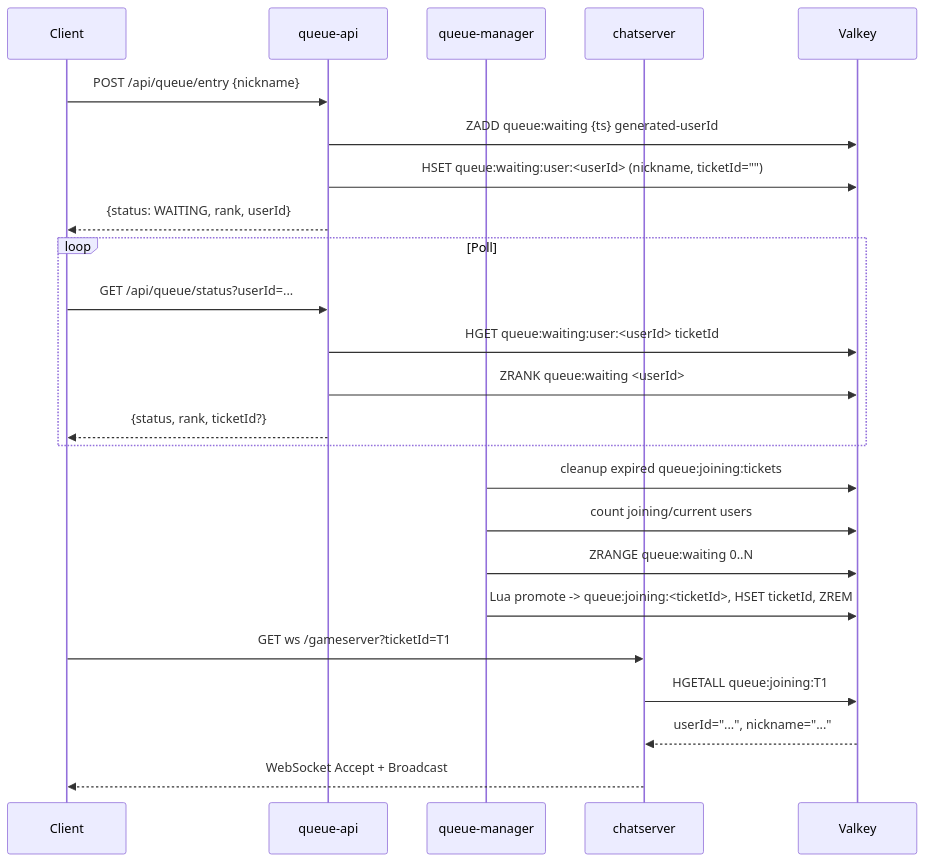
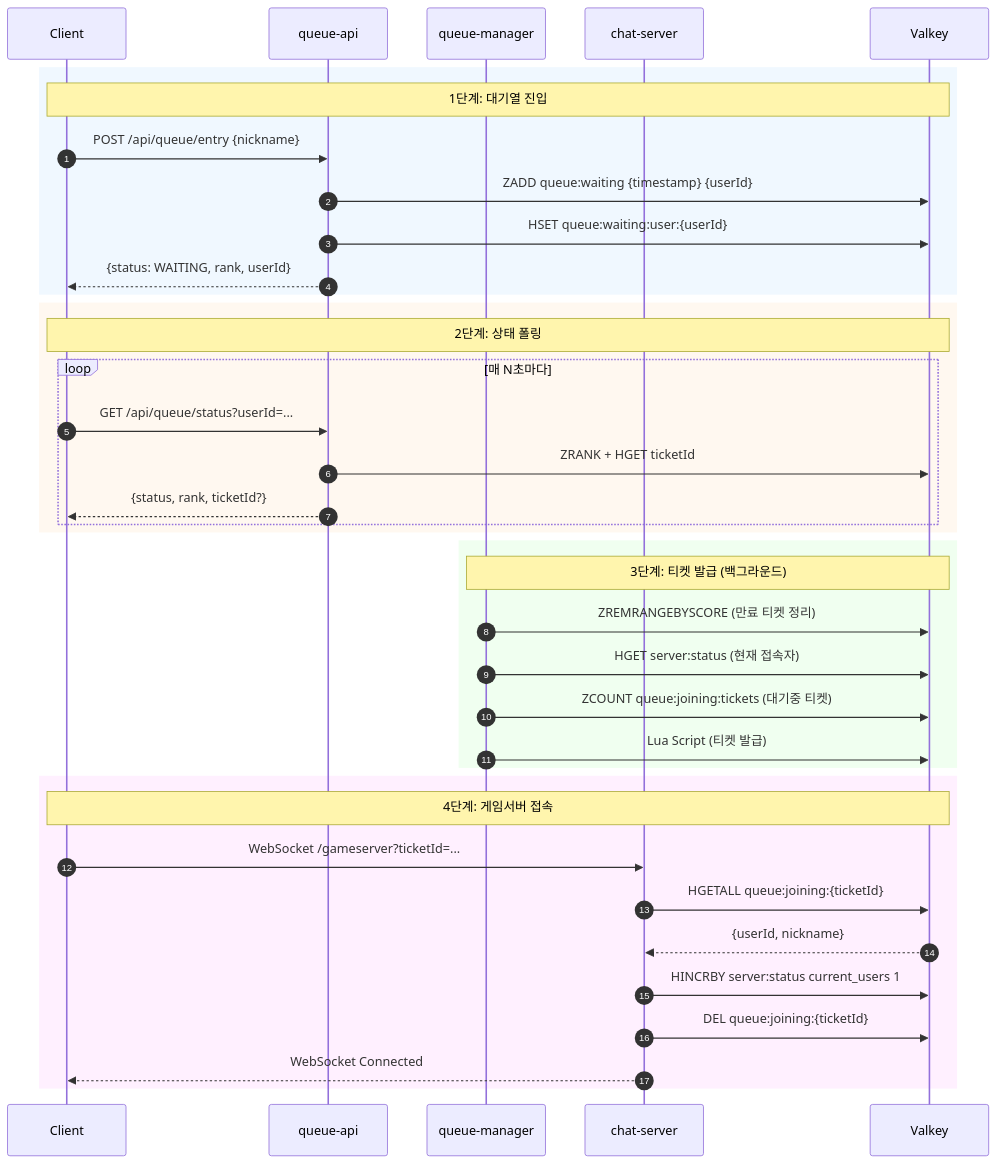
The second of 7 diagrams in spec.md (likelion-cloud-423/queue-server), drawn with Mermaid before and after one commit. The commit also changed other lines of this file and 23 other files, not shown here.

````diff
--- a/spec.md
+++ b/spec.md
@@ -48,26 +94,44 @@
 ```mermaid
 sequenceDiagram
-        participant Client
-        participant API as queue-api
-        participant Manager as queue-manager
-        participant Game as chatserver
-        participant Valkey
-        Client->>API: POST /api/queue/entry {nickname}
-        API->>Valkey: ZADD queue:waiting {ts} generated-userId
-        API->>Valkey: HSET queue:waiting:user:<userId> (nickname, ticketId="")
-        API-->>Client: {status: WAITING, rank, userId}
-        loop Poll
-                Client->>API: GET /api/queue/status?userId=...
-                API->>Valkey: HGET queue:waiting:user:<userId> ticketId
-                API->>Valkey: ZRANK queue:waiting <userId>
-                API-->>Client: {status, rank, ticketId?}
+    autonumber
+    participant C as Client
+    participant API as queue-api
+    participant MGR as queue-manager
+    participant GS as chat-server
+    participant V as Valkey
+
+    rect rgb(240, 248, 255)
+        Note over C,V: 1단계: 대기열 진입
+        C->>API: POST /api/queue/entry {nickname}
+        API->>V: ZADD queue:waiting {timestamp} {userId}
+        API->>V: HSET queue:waiting:user:{userId}
+        API-->>C: {status: WAITING, rank, userId}
+    end
+
+    rect rgb(255, 248, 240)
+        Note over C,V: 2단계: 상태 폴링
+        loop 매 N초마다
+            C->>API: GET /api/queue/status?userId=...
+            API->>V: ZRANK + HGET ticketId
+            API-->>C: {status, rank, ticketId?}
         end
-        Manager->>Valkey: cleanup expired queue:joining:tickets
-        Manager->>Valkey: count joining/current users
-        Manager->>Valkey: ZRANGE queue:waiting 0..N
-        Manager->>Valkey: Lua promote -> queue:joining:<ticketId>, HSET ticketId, ZREM
-        Client->>Game: GET ws /gameserver?ticketId=T1
-        Game->>Valkey: HGETALL queue:joining:T1
-        Valkey-->>Game: userId="...", nickname="..."
-        Game-->>Client: WebSocket Accept + Broadcast
+    end
+
+    rect rgb(240, 255, 240)
+        Note over MGR,V: 3단계: 티켓 발급 (백그라운드)
+        MGR->>V: ZREMRANGEBYSCORE (만료 티켓 정리)
+        MGR->>V: HGET server:status (현재 접속자)
+        MGR->>V: ZCOUNT queue:joining:tickets (대기중 티켓)
+        MGR->>V: Lua Script (티켓 발급)
+    end
+
+    rect rgb(255, 240, 255)
+        Note over C,V: 4단계: 게임서버 접속
+        C->>GS: WebSocket /gameserver?ticketId=...
+        GS->>V: HGETALL queue:joining:{ticketId}
+        V-->>GS: {userId, nickname}
+        GS->>V: HINCRBY server:status current_users 1
+        GS->>V: DEL queue:joining:{ticketId}
+        GS-->>C: WebSocket Connected
+    end
 ```
````
